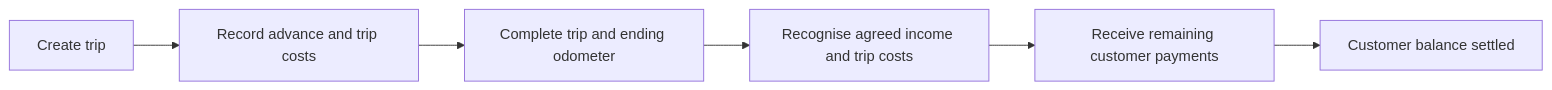
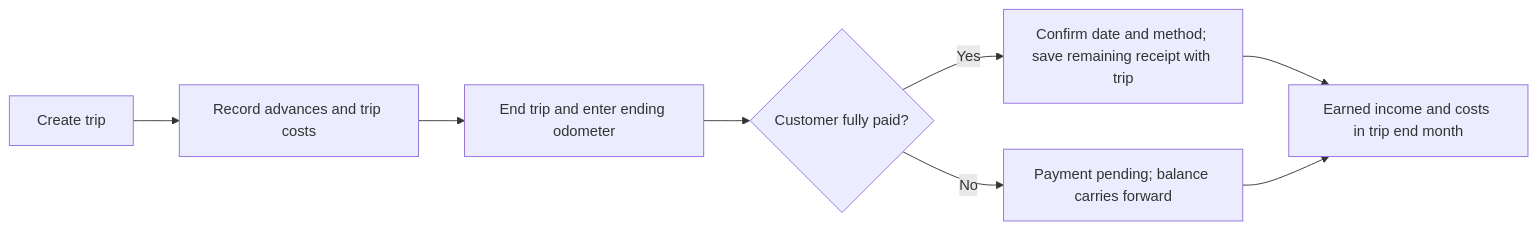
The first of 3 diagrams in docs/APPLICATION-BLUEPRINT.md (Re-Nj-U/PH-Ledger), drawn with Mermaid before and after one commit. The commit also changed other lines of this file and 24 other files, not shown here.

````diff
--- a/docs/APPLICATION-BLUEPRINT.md
+++ b/docs/APPLICATION-BLUEPRINT.md
@@ -77,8 +81,10 @@
 ```mermaid
 flowchart LR
-  A[Create trip] --> B[Record advance and trip costs]
-  B --> C[Complete trip and ending odometer]
-  C --> D[Recognise agreed income and trip costs]
-  D --> E[Receive remaining customer payments]
-  E --> F[Customer balance settled]
+  A[Create trip] --> B[Record advances and trip costs]
+  B --> C[End trip and enter ending odometer]
+  C --> D{Customer fully paid?}
+  D -->|Yes| E[Confirm date and method; save remaining receipt with trip]
+  D -->|No| F[Payment pending; balance carries forward]
+  E --> G[Earned income and costs in trip end month]
+  F --> G
 ```
````
